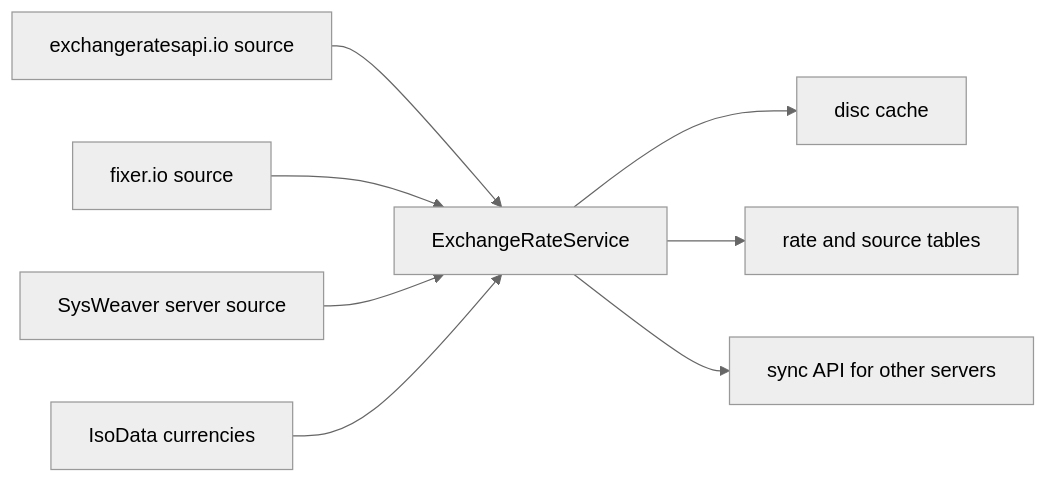
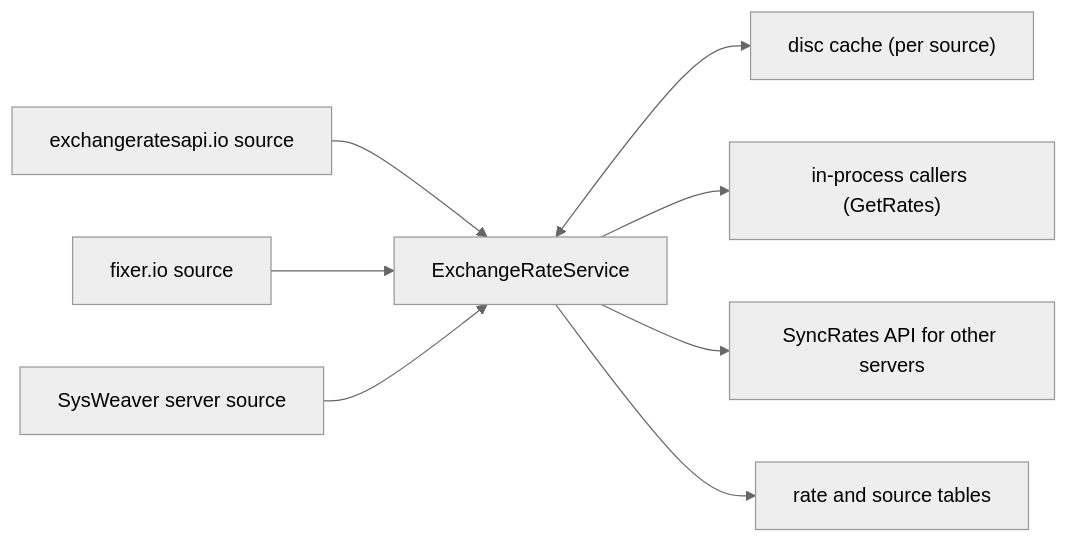
One commit to dosh1974/SysWeaver changed the diagram in SysWeaver.ExchangeRate/README.md. Above: the diagram before and after it, drawn with Mermaid (neutral theme). The commit also changed other lines of this file and 532 other files, not shown here.

````diff
--- a/SysWeaver.ExchangeRate/README.md
+++ b/SysWeaver.ExchangeRate/README.md
@@ -18,10 +18,10 @@
 ```mermaid
 flowchart LR
   S1["exchangeratesapi.io source"] --> ERS["ExchangeRateService"]
   S2["fixer.io source"] --> ERS
   S3["SysWeaver server source"] --> ERS
-  ERS --> Disc["disc cache"]
+  ERS <--> Disc["disc cache (per source)"]
+  ERS --> App["in-process callers (GetRates)"]
+  ERS --> Sync["SyncRates API for other servers"]
   ERS --> Tables["rate and source tables"]
-  ERS --> Sync["sync API for other servers"]
-  Iso["IsoData currencies"] --> ERS
 ```
````
